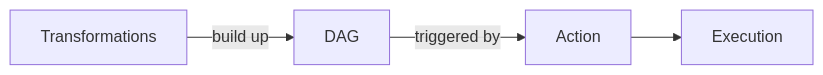
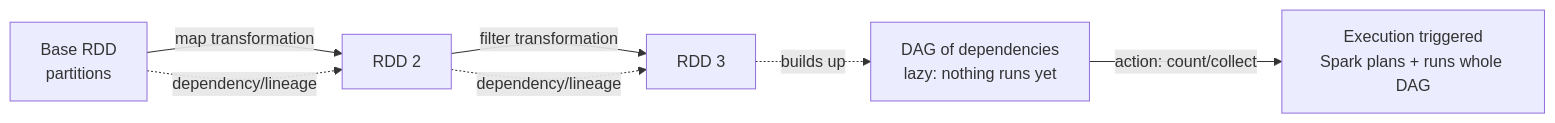
The diagram in wiki/personas/alex/spark/concepts/rdd.md (syedamber91/learning-data-engineering-concepts), drawn with Mermaid before and after one commit. The commit also changed other lines of this file and 35 other files, not shown here.

````diff
--- a/wiki/personas/alex/spark/concepts/rdd.md
+++ b/wiki/personas/alex/spark/concepts/rdd.md
@@ -18,6 +18,9 @@
 ```mermaid
 graph LR
-  T[Transformations] -->|build up| D[DAG]
-  D -->|triggered by| A[Action]
-  A --> E[Execution]
+  A[Base RDD<br/>partitions] -->|map transformation| B[RDD 2]
+  B -->|filter transformation| C[RDD 3]
+  A -.dependency/lineage.-> B
+  B -.dependency/lineage.-> C
+  C -.builds up.-> DAG[DAG of dependencies<br/>lazy: nothing runs yet]
+  DAG -->|action: count/collect| EXEC[Execution triggered<br/>Spark plans + runs whole DAG]
 ```
````
